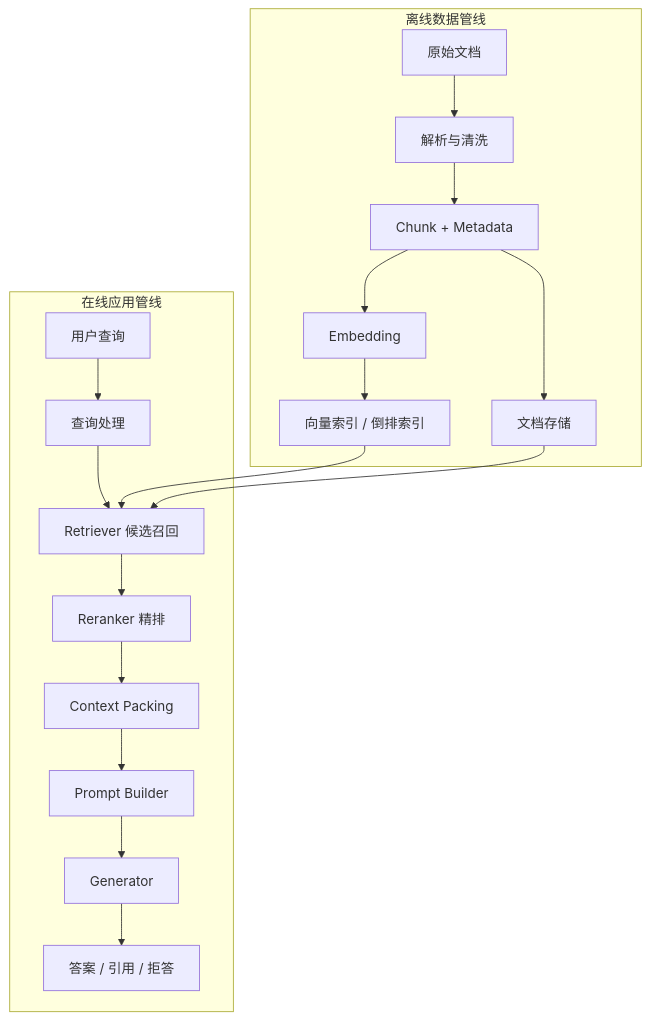
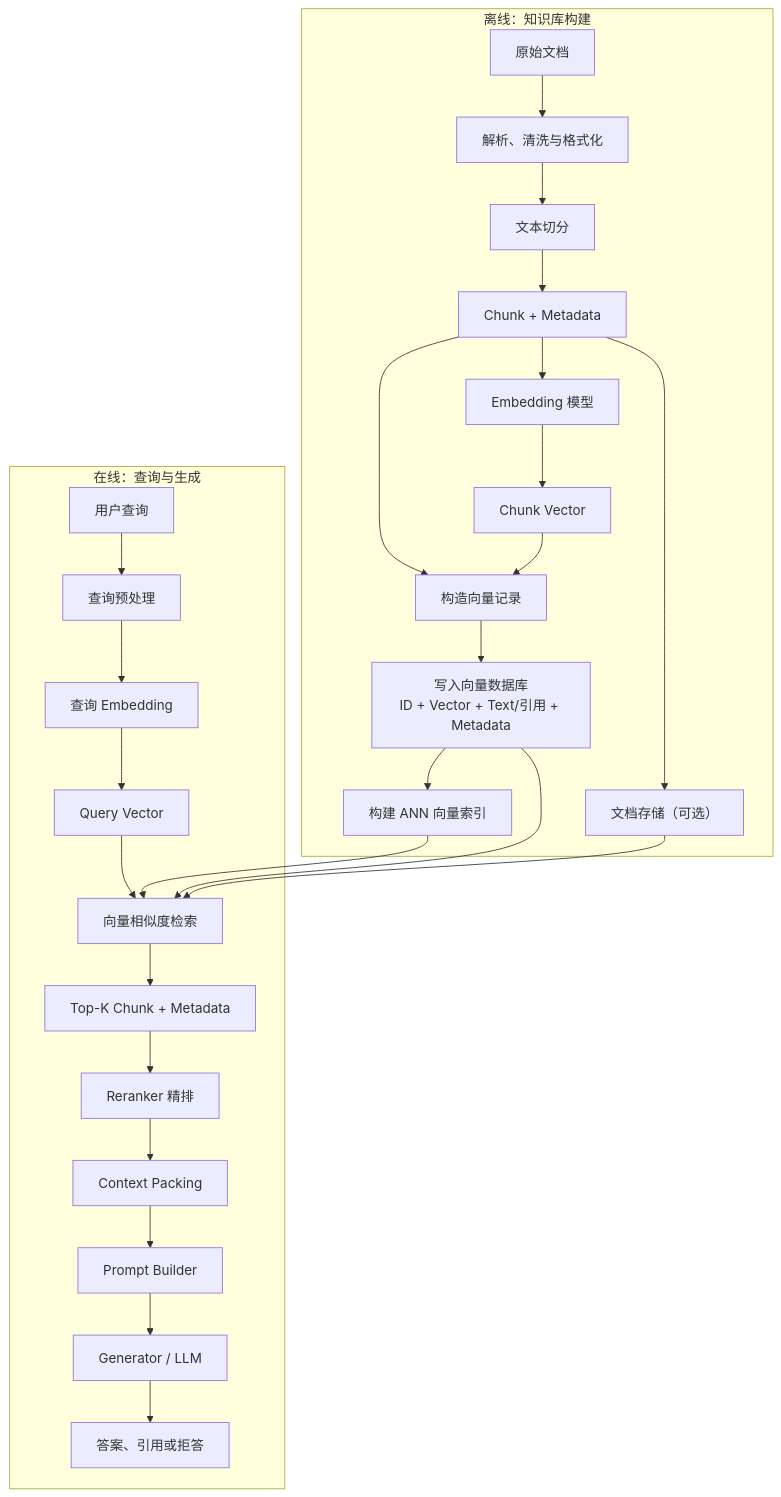
One commit to hitbug-11/RAG changed the second of 3 diagrams in notes/01-rag-data-flow.md. Above: the diagram before and after it, drawn with Mermaid. The commit also changed other lines of this file, not shown here.

Commit message:
docs: clarify offline and online RAG data flow

````diff
--- a/notes/01-rag-data-flow.md
+++ b/notes/01-rag-data-flow.md
@@ -67,22 +67,36 @@
 ```mermaid
 flowchart TB
-    subgraph OFFLINE["离线数据管线"]
-        D["原始文档"] --> P["解析与清洗"]
-        P --> C["Chunk + Metadata"]
-        C --> E["Embedding"]
-        E --> I["向量索引 / 倒排索引"]
-        C --> S["文档存储"]
+    subgraph OFFLINE["离线：知识库构建"]
+        D["原始文档"] --> P["解析、清洗与格式化"]
+        P --> C["文本切分"]
+        C --> CM["Chunk + Metadata"]
+
+        CM --> E["Embedding 模型"]
+        E --> V["Chunk Vector"]
+
+        CM --> REC["构造向量记录"]
+        V --> REC
+        REC --> DB["写入向量数据库<br/>ID + Vector + Text/引用 + Metadata"]
+        DB --> ANN["构建 ANN 向量索引"]
+
+        CM --> DS["文档存储（可选）"]
     end
 
-    subgraph ONLINE["在线应用管线"]
-        Q["用户查询"] --> QP["查询处理"]
-        QP --> R["Retriever 候选召回"]
-        I --> R
-        S --> R
-        R --> RR["Reranker 精排"]
+    subgraph ONLINE["在线：查询与生成"]
+        Q["用户查询"] --> QP["查询预处理"]
+        QP --> QE["查询 Embedding"]
+        QE --> QV["Query Vector"]
+
+        QV --> RET["向量相似度检索"]
+        ANN --> RET
+        DB --> RET
+        DS --> RET
+
+        RET --> TOPK["Top-K Chunk + Metadata"]
+        TOPK --> RR["Reranker 精排"]
         RR --> CP["Context Packing"]
         CP --> PB["Prompt Builder"]
-        PB --> G["Generator"]
-        G --> O["答案 / 引用 / 拒答"]
+        PB --> G["Generator / LLM"]
+        G --> O["答案、引用或拒答"]
     end
 ```
````
